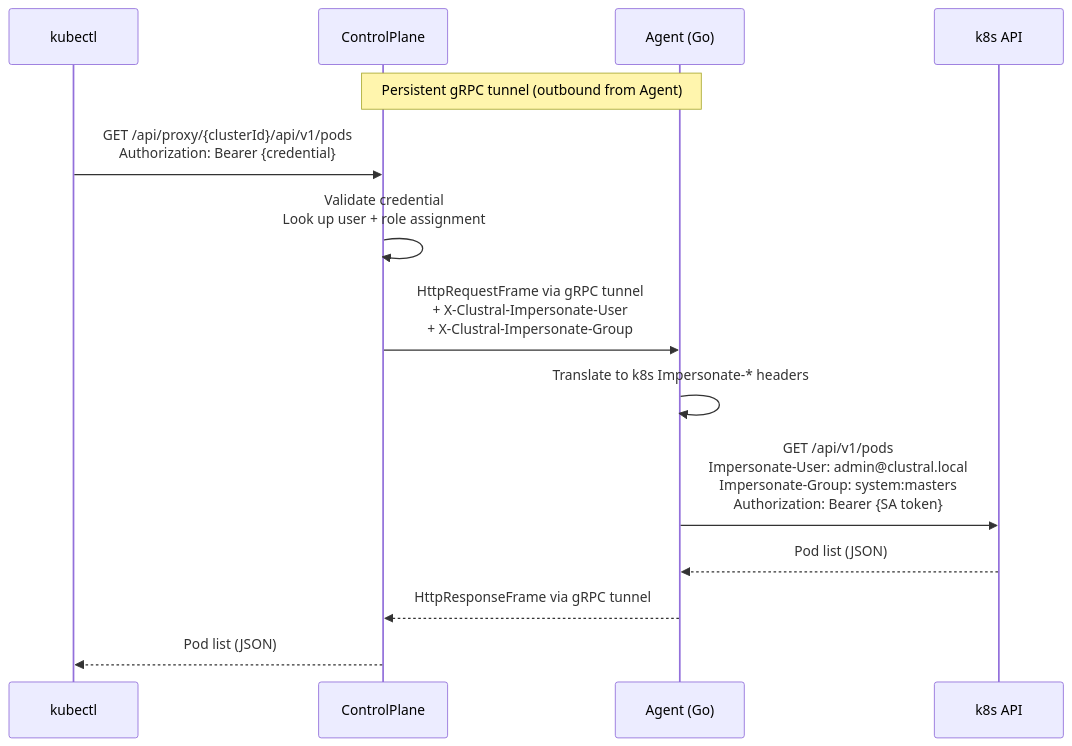
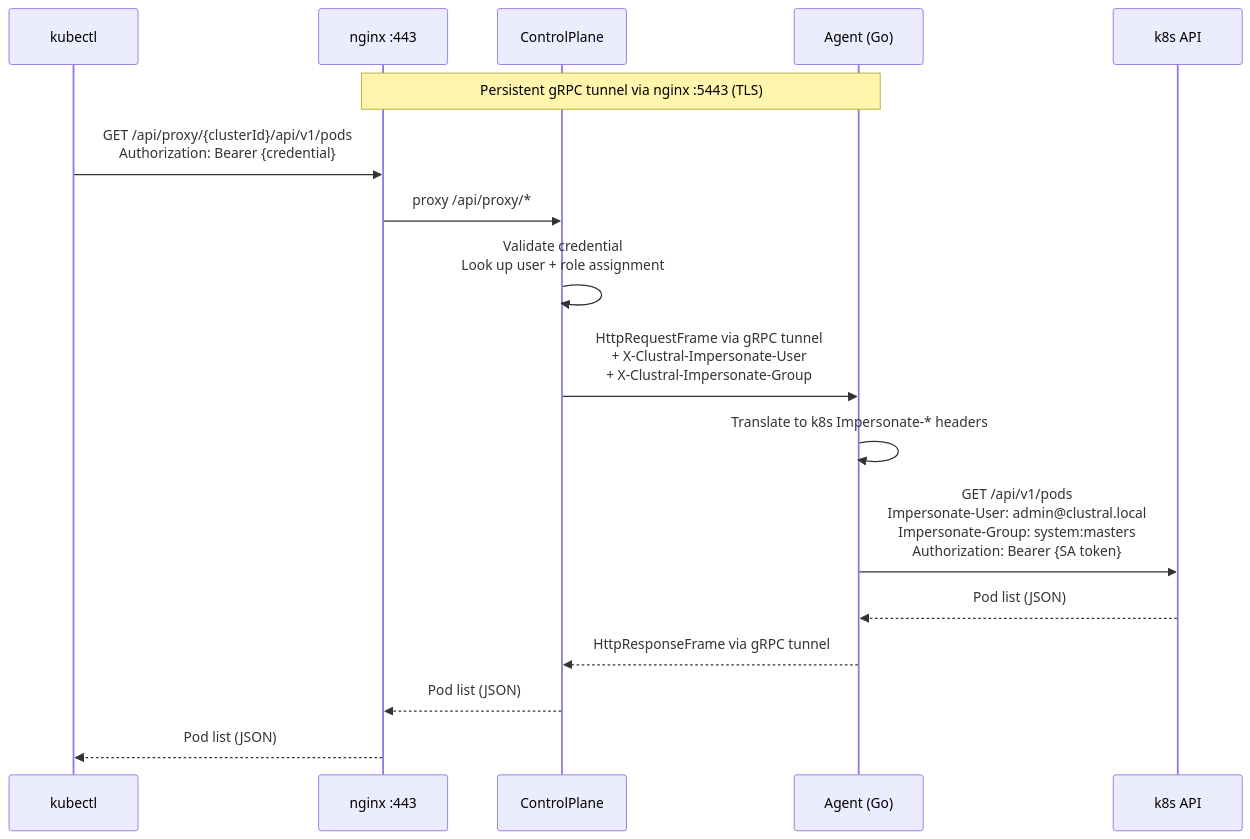
Before and after one commit to Clustral/clustral: the third of 9 diagrams in README.md, drawn with Mermaid. The commit also changed other lines of this file and 1 other file, not shown here.

First line of the commit message:
docs: update diagrams and docs for nginx unified gateway architecture

````diff
--- a/README.md
+++ b/README.md
@@ -88,18 +96,21 @@
 ```mermaid
 sequenceDiagram
     participant kubectl
+    participant NGX as nginx :443
     participant CP as ControlPlane
     participant Agent as Agent (Go)
     participant K8S as k8s API
 
-    Note over Agent,CP: Persistent gRPC tunnel (outbound from Agent)
+    Note over Agent,NGX: Persistent gRPC tunnel via nginx :5443 (TLS)
 
-    kubectl->>CP: GET /api/proxy/{clusterId}/api/v1/pods<br/>Authorization: Bearer {credential}
+    kubectl->>NGX: GET /api/proxy/{clusterId}/api/v1/pods<br/>Authorization: Bearer {credential}
+    NGX->>CP: proxy /api/proxy/*
     CP->>CP: Validate credential<br/>Look up user + role assignment
     CP->>Agent: HttpRequestFrame via gRPC tunnel<br/>+ X-Clustral-Impersonate-User<br/>+ X-Clustral-Impersonate-Group
     Agent->>Agent: Translate to k8s Impersonate-* headers
     Agent->>K8S: GET /api/v1/pods<br/>Impersonate-User: admin@clustral.local<br/>Impersonate-Group: system:masters<br/>Authorization: Bearer {SA token}
     K8S-->>Agent: Pod list (JSON)
     Agent-->>CP: HttpResponseFrame via gRPC tunnel
-    CP-->>kubectl: Pod list (JSON)
+    CP-->>NGX: Pod list (JSON)
+    NGX-->>kubectl: Pod list (JSON)
 ```
````
